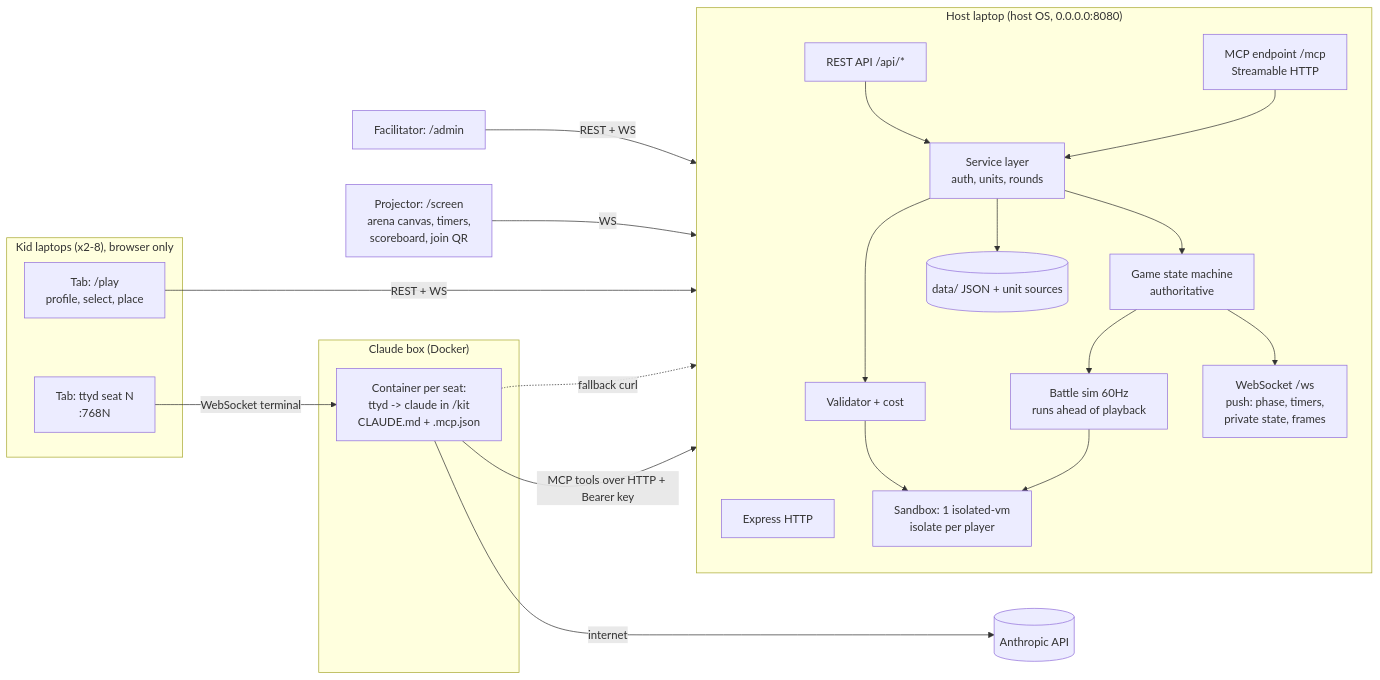
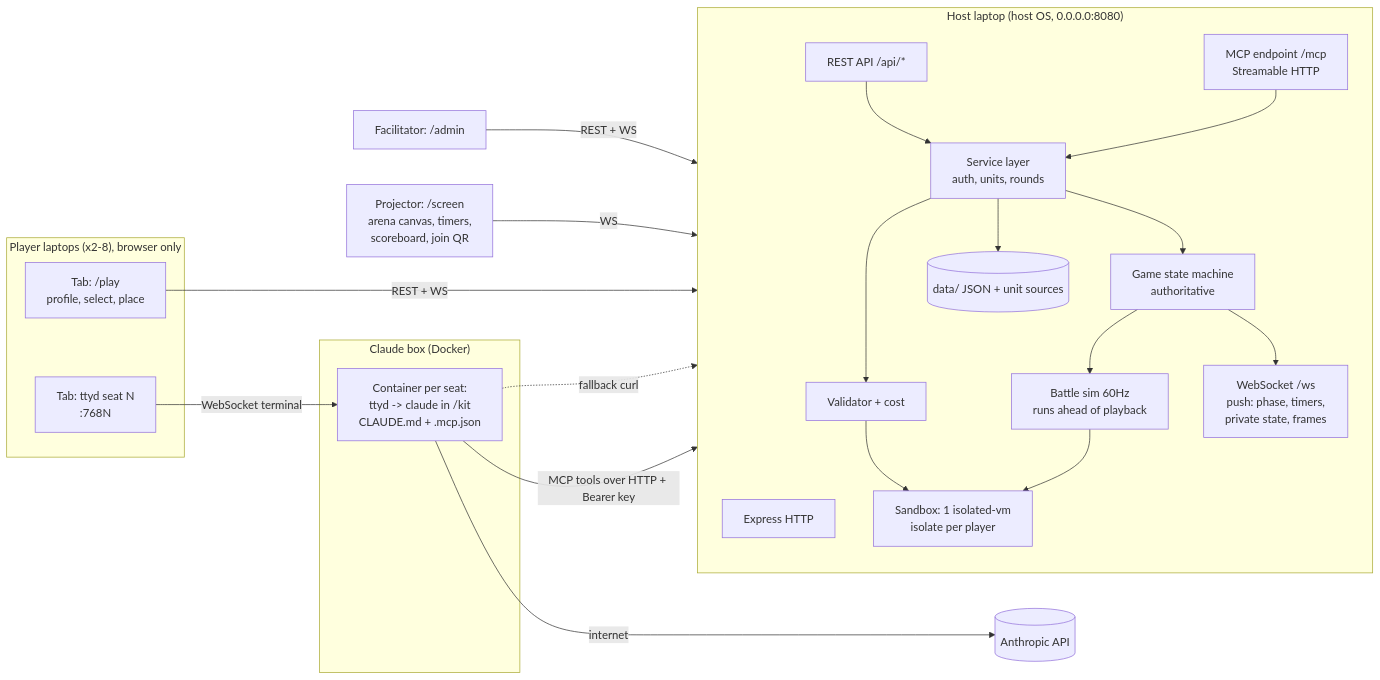
The first of 2 diagrams in plan.md (redging-very-well/ai-coding-arena), drawn with Mermaid before and after one commit. The commit also changed other lines of this file and 3 other files, not shown here.

First line of the commit message:
Say player instead of kid in the plan and docs

````diff
--- a/plan.md
+++ b/plan.md
@@ -34,39 +34,39 @@
 ```mermaid
 flowchart LR
-  subgraph KIDS["Kid laptops (x2-8), browser only"]
+  subgraph PLAYERS["Player laptops (x2-8), browser only"]
     PB[Tab: /play<br/>profile, select, place]
     TT[Tab: ttyd seat N<br/>:768N]
   end
   subgraph CBOX["Claude box (Docker)"]
     CC[Container per seat:<br/>ttyd -> claude in /kit<br/>CLAUDE.md + .mcp.json]
   end
   TT -- WebSocket terminal --> CC
   subgraph HOST["Host laptop (host OS, 0.0.0.0:8080)"]
     direction TB
     HTTP[Express HTTP]
     REST[REST API /api/*]
     MCP[MCP endpoint /mcp<br/>Streamable HTTP]
     WS[WebSocket /ws<br/>push: phase, timers,<br/>private state, frames]
     SVC[Service layer<br/>auth, units, rounds]
     SM[Game state machine<br/>authoritative]
     VAL[Validator + cost]
     SIM[Battle sim 60Hz<br/>runs ahead of playback]
     SBX[Sandbox: 1 isolated-vm<br/>isolate per player]
     STORE[(data/ JSON + unit sources)]
     REST --> SVC
     MCP --> SVC
     SVC --> SM
     SVC --> VAL --> SBX
     SM --> SIM --> SBX
     SM --> WS
     SVC --> STORE
   end
   PROJ[Projector: /screen<br/>arena canvas, timers,<br/>scoreboard, join QR]
   ADMIN[Facilitator: /admin]
   CC -- MCP tools over HTTP + Bearer key --> MCP
   CC -. fallback curl .-> REST
   PB -- REST + WS --> HTTP
   PROJ -- WS --> HTTP
   ADMIN -- REST + WS --> HTTP
   CC -- internet --> ANTH[(Anthropic API)]
 ```
````
